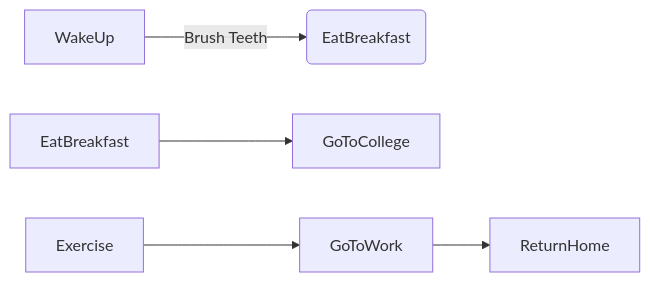
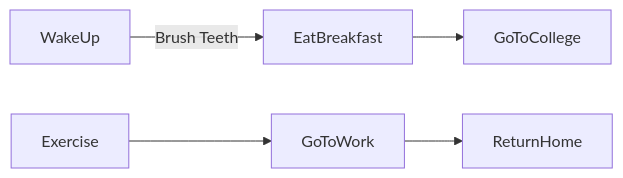
One commit to singhanmolpreet/mermaids changed the second of 8 diagrams in README.md. Above: the diagram before and after it, drawn with Mermaid.

````diff
--- a/README.md
+++ b/README.md
@@ -15,7 +15,7 @@
 ``` mermaid
 flowchart LR
-    WakeUp-- Brush Teeth -->B(EatBreakfast)
+    WakeUp -- Brush Teeth -->EatBreakfast
     EatBreakfast-->GoToCollege
     Exercise-->GoToWork
     GoToWork-->ReturnHome
 ```
````
